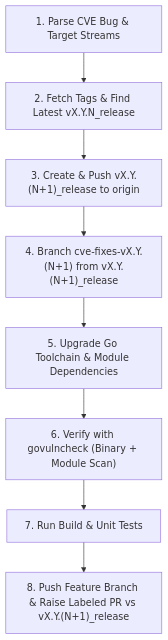
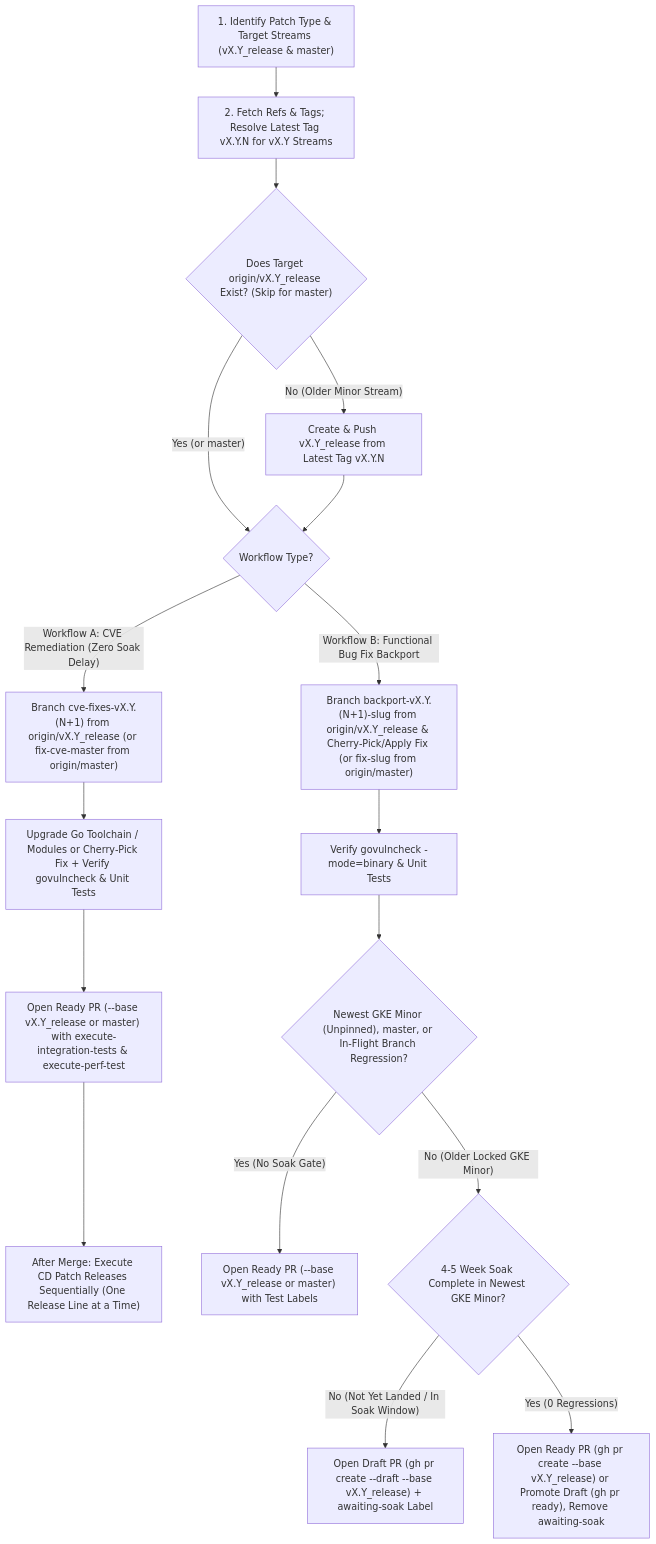
One commit to GoogleCloudPlatform/gcsfuse changed the diagram in .agents/skills/cve-patching/SKILL.md. Above: the diagram before and after it, drawn with Mermaid. The commit also changed other lines of this file and 2 other files, not shown here.

First line of the commit message:
docs(skills): incorporate vX.Y_release minor branching strategy in release skills (#5247)

````diff
--- a/.agents/skills/cve-patching/SKILL.md
+++ b/.agents/skills/cve-patching/SKILL.md
@@ -16,10 +20,19 @@
 ```mermaid
 flowchart TD
-    A["1. Parse CVE Bug & Target Streams"] --> B["2. Fetch Tags & Find Latest vX.Y.N_release"]
-    B --> C["3. Create & Push vX.Y.(N+1)_release to origin"]
-    C --> D["4. Branch cve-fixes-vX.Y.(N+1) from vX.Y.(N+1)_release"]
-    D --> E["5. Upgrade Go Toolchain & Module Dependencies"]
-    E --> F["6. Verify with govulncheck (Binary + Module Scan)"]
-    F --> G["7. Run Build & Unit Tests"]
-    G --> H["8. Push Feature Branch & Raise Labeled PR vs vX.Y.(N+1)_release"]
+    A["1. Identify Patch Type & Target Streams (vX.Y_release & master)"] --> B["2. Fetch Refs & Tags; Resolve Latest Tag vX.Y.N for vX.Y Streams"]
+    B --> C{"Does Target origin/vX.Y_release Exist? (Skip for master)"}
+    C -- "No (Older Minor Stream)" --> D["Create & Push vX.Y_release from Latest Tag vX.Y.N"]
+    C -- "Yes (or master)" --> E{"Workflow Type?"}
+    D --> E
+    E -- "Workflow A: CVE Remediation (Zero Soak Delay)" --> F["Branch cve-fixes-vX.Y.(N+1) from origin/vX.Y_release (or fix-cve-master from origin/master)"]
+    F --> G["Upgrade Go Toolchain / Modules or Cherry-Pick Fix + Verify govulncheck & Unit Tests"]
+    G --> H["Open Ready PR (--base vX.Y_release or master) with execute-integration-tests & execute-perf-test"]
+    H --> I["After Merge: Execute CD Patch Releases Sequentially (One Release Line at a Time)"]
+    E -- "Workflow B: Functional Bug Fix Backport" --> J["Branch backport-vX.Y.(N+1)-slug from origin/vX.Y_release & Cherry-Pick/Apply Fix (or fix-slug from origin/master)"]
+    J --> K["Verify govulncheck -mode=binary & Unit Tests"]
+    K --> L{"Newest GKE Minor (Unpinned), master, or In-Flight Branch Regression?"}
+    L -- "Yes (No Soak Gate)" --> M["Open Ready PR (--base vX.Y_release or master) with Test Labels"]
+    L -- "No (Older Locked GKE Minor)" --> N{"4-5 Week Soak Complete in Newest GKE Minor?"}
+    N -- "No (Not Yet Landed / In Soak Window)" --> O["Open Draft PR (gh pr create --draft --base vX.Y_release) + awaiting-soak Label"]
+    N -- "Yes (0 Regressions)" --> P["Open Ready PR (gh pr create --base vX.Y_release) or Promote Draft (gh pr ready), Remove awaiting-soak"]
 ```
````
